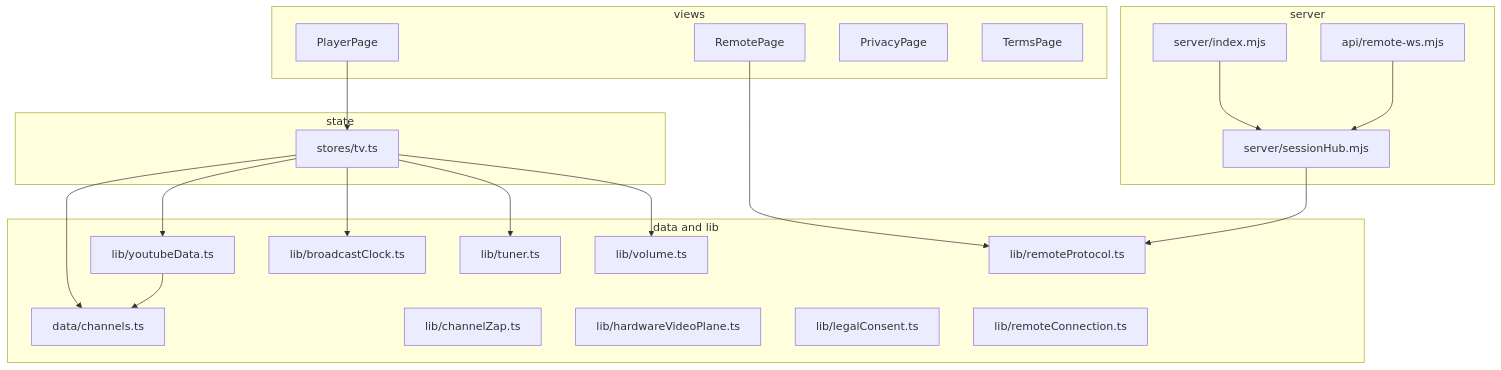
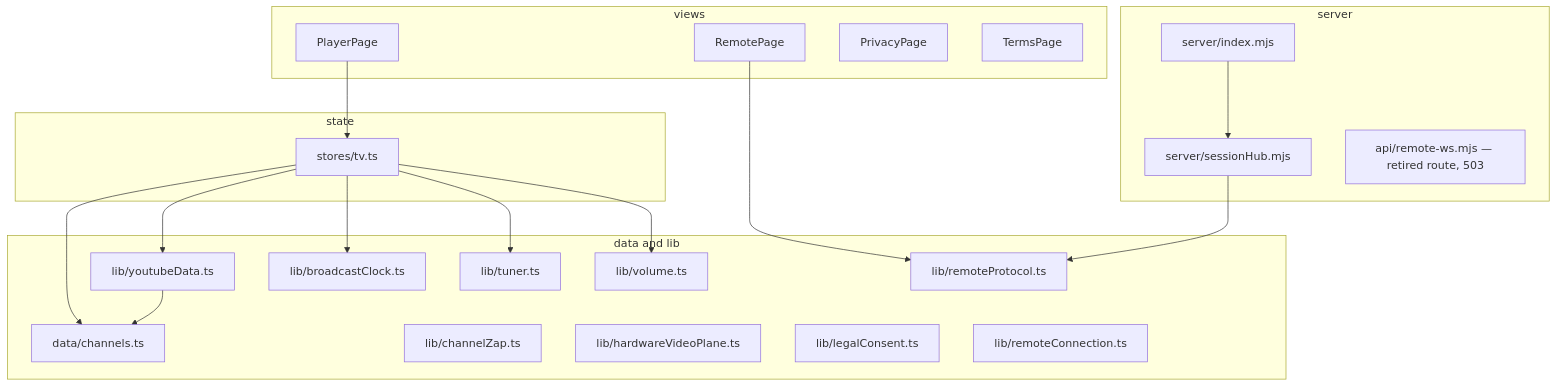
The eighth of 8 diagrams in docs/architecture.md (tusharv/positive-player), drawn with Mermaid before and after one commit. The commit also changed other lines of this file and 16 other files, not shown here.

````diff
--- a/docs/architecture.md
+++ b/docs/architecture.md
@@ -251,44 +258,43 @@
 ```mermaid
 flowchart TB
   subgraph pages [views]
     PlayerPage
     RemotePage
     PrivacyPage
     TermsPage
   end
 
   subgraph state [state]
     tv[stores/tv.ts]
   end
 
   subgraph data [data and lib]
     channels[data/channels.ts]
     yt[lib/youtubeData.ts]
     clock[lib/broadcastClock.ts]
     tuner[lib/tuner.ts]
     volume[lib/volume.ts]
     zap[lib/channelZap.ts]
     plane[lib/hardwareVideoPlane.ts]
     consent[lib/legalConsent.ts]
     proto[lib/remoteProtocol.ts]
     conn[lib/remoteConnection.ts]
   end
 
   subgraph server [server]
     hub[server/sessionHub.mjs]
     node[server/index.mjs]
-    api[api/remote-ws.mjs]
+    api[api/remote-ws.mjs — retired route, 503]
   end
 
   PlayerPage --> tv
   RemotePage --> proto
   tv --> channels
   tv --> yt
   tv --> clock
   tv --> tuner
   tv --> volume
   yt --> channels
   hub --> proto
-  api --> hub
   node --> hub
 ```
````
